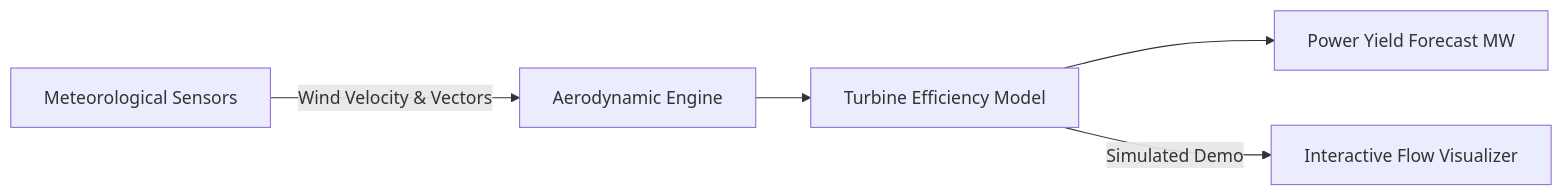
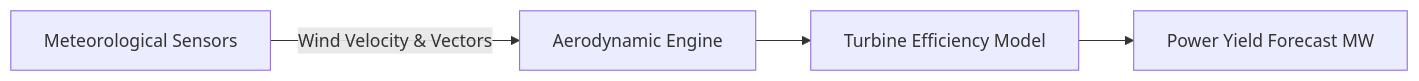
Before and after one commit to shahrukh-hack/shahrukh-hack: the third of 3 diagrams in README.md, drawn with Mermaid. The commit also changed other lines of this file, not shown here.

Commit message:
docs: update profile README with direct standalone demo links for each public project

````diff
--- a/README.md
+++ b/README.md
@@ -81,7 +90,6 @@
 ```mermaid
 graph LR
     A[Meteorological Sensors] -->|Wind Velocity & Vectors| B[Aerodynamic Engine]
     B --> C[Turbine Efficiency Model]
     C --> D[Power Yield Forecast MW]
-    C -->|Simulated Demo| E[Interactive Flow Visualizer]
 ```
````
